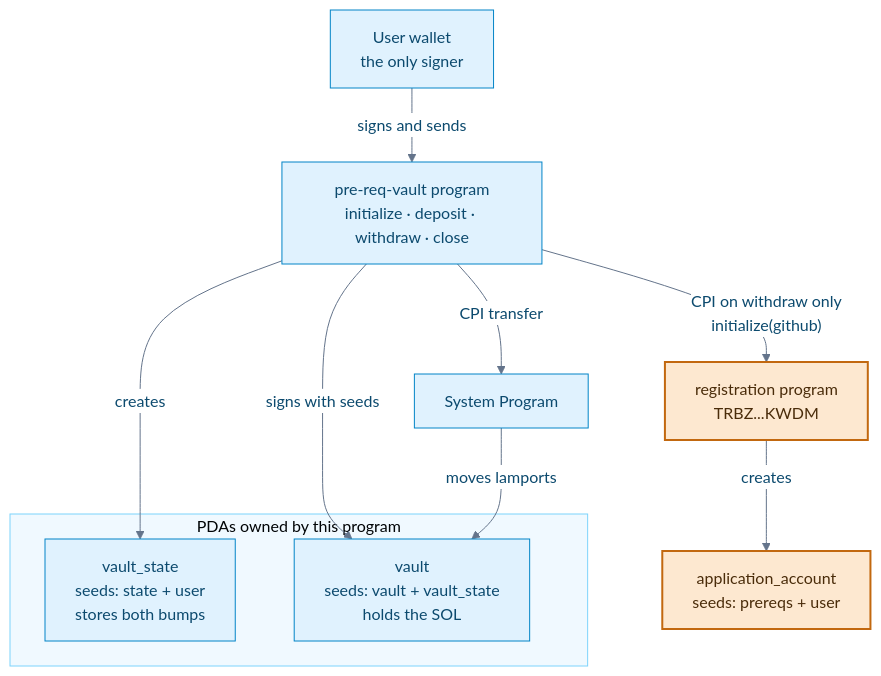
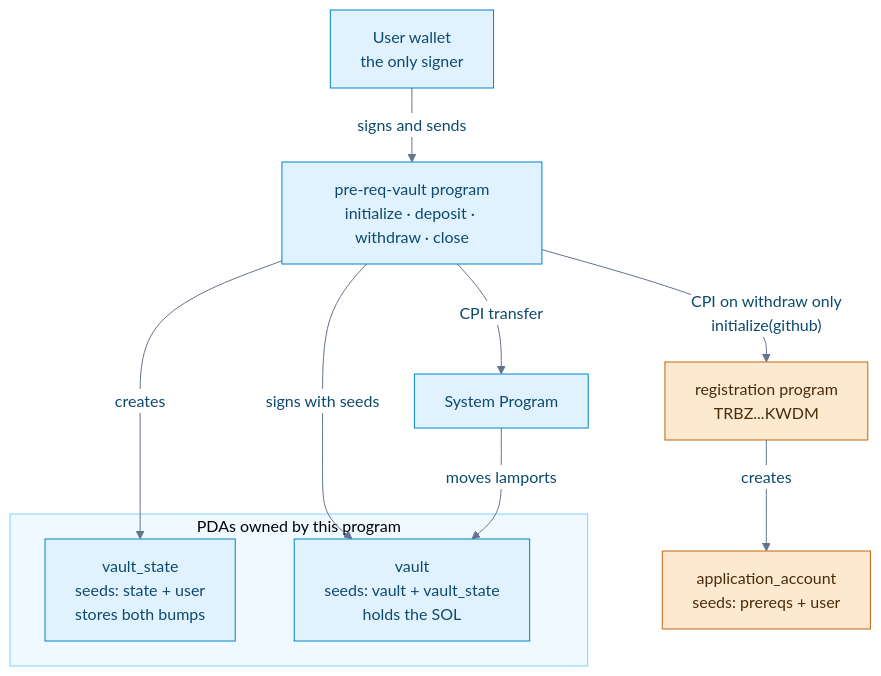
Before and after one commit to Anshumancanrock/Turbin3: the diagram in README.md, drawn with Mermaid. The commit also changed 1 other file, not shown here.

Commit message:
Give every node the same border weight
classDef default was also painting the inner rect Mermaid puts inside each
node, so the orange CPI boxes kept a blue inner edge and read as double
bordered. Theme variables handle the base palette instead.

````diff
--- a/README.md
+++ b/README.md
@@ -11,28 +11,28 @@
 ```mermaid
 %%{init: {'theme':'base','themeVariables':{
   'primaryColor':'#e0f2fe','primaryBorderColor':'#0284c7','primaryTextColor':'#0c4a6e',
   'lineColor':'#64748b','clusterBkg':'#f0f9ff','clusterBorder':'#7dd3fc','edgeLabelBackground':'#ffffff'}}}%%
 flowchart TD
     U["User wallet<br/>the only signer"]
     P["pre-req-vault program<br/>initialize · deposit · withdraw · close"]
 
     subgraph owned ["PDAs owned by this program"]
         VS["vault_state<br/>seeds: state + user<br/>stores both bumps"]
         V["vault<br/>seeds: vault + vault_state<br/>holds the SOL"]
     end
 
     SP["System Program"]
     REG["registration program<br/>TRBZ...KWDM"]
     APP["application_account<br/>seeds: prereqs + user"]
 
     U -->|signs and sends| P
     P -->|creates| VS
     P -->|signs with seeds| V
     P -->|CPI transfer| SP
     SP -->|moves lamports| V
     P -->|"CPI on withdraw only<br/>initialize(github)"| REG
     REG -->|creates| APP
 
-    classDef cpi fill:#fde8d0,stroke:#c2680f,stroke-width:2px,color:#4a2c0a
+    classDef cpi fill:#fde8d0,stroke:#c2680f,color:#4a2c0a
     class REG,APP cpi
 ```
````
